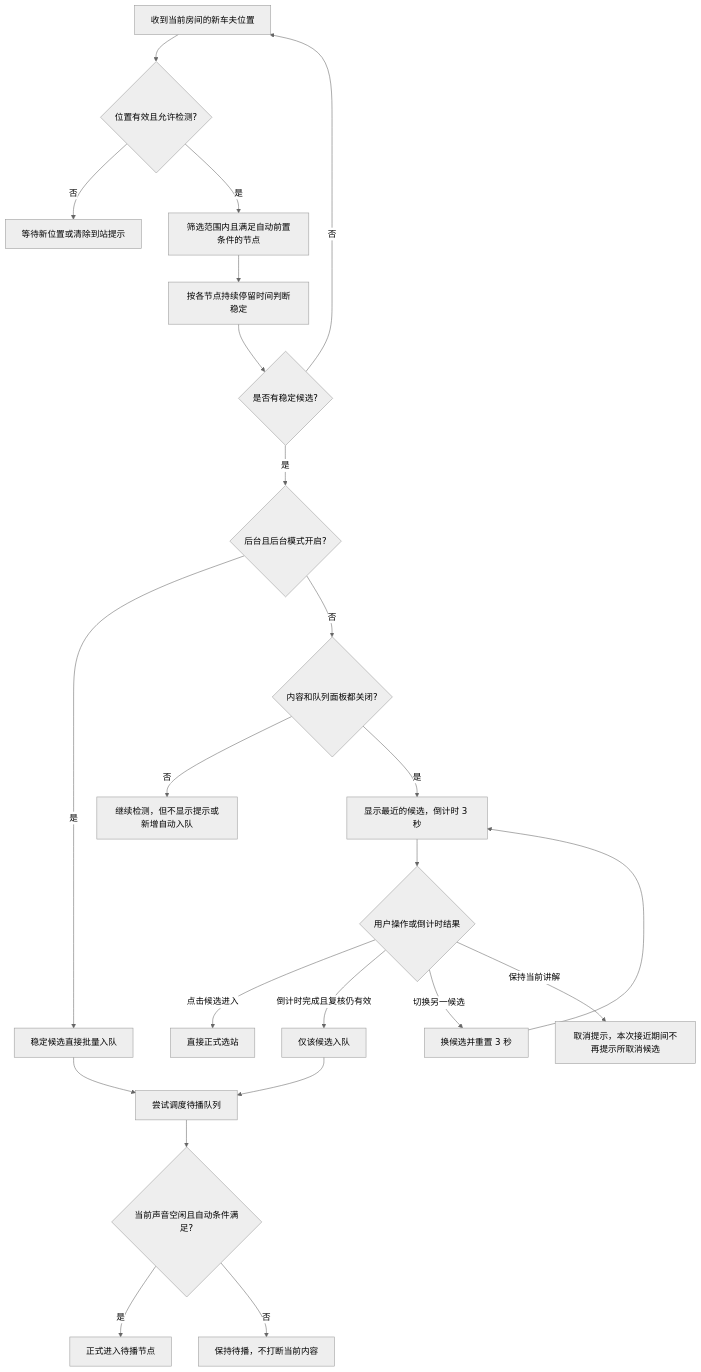
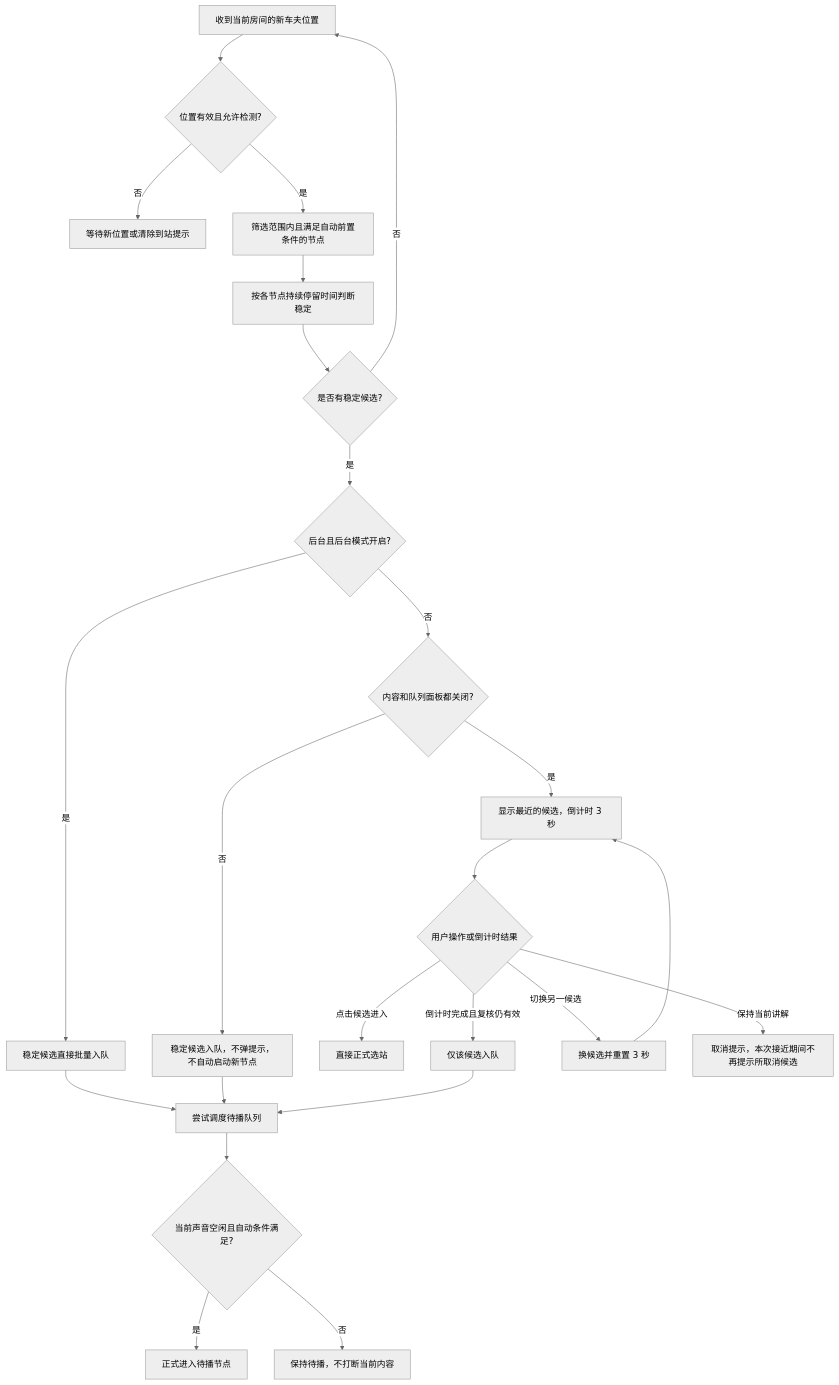
Before and after one commit to big-orange-juice/path-seeker-ui: the third of 8 diagrams in docs/tour-business-flow.md, drawn with Mermaid (neutral theme). The commit also changed other lines of this file and 32 other files, not shown here.

````diff
--- a/docs/tour-business-flow.md
+++ b/docs/tour-business-flow.md
@@ -136,25 +136,26 @@
 ```mermaid
 flowchart TD
     A[收到当前房间的新车夫位置] --> B{位置有效且允许检测?}
     B -- 否 --> C[等待新位置或清除到站提示]
     B -- 是 --> D[筛选范围内且满足自动前置条件的节点]
     D --> E[按各节点持续停留时间判断稳定]
     E --> F{是否有稳定候选?}
     F -- 否 --> A
     F -- 是 --> G{后台且后台模式开启?}
     G -- 是 --> H[稳定候选直接批量入队]
     G -- 否 --> I{内容和队列面板都关闭?}
-    I -- 否 --> J[继续检测，但不显示提示或新增自动入队]
+    I -- 否 --> J[稳定候选入队，不弹提示，不自动启动新节点]
     I -- 是 --> K[显示最近的候选，倒计时 3 秒]
     K --> L{用户操作或倒计时结果}
     L -- 点击候选进入 --> M[直接正式选站]
     L -- 倒计时完成且复核仍有效 --> N[仅该候选入队]
     L -- 切换另一候选 --> O[换候选并重置 3 秒]
     O --> K
     L -- 保持当前讲解 --> P[取消提示，本次接近期间不再提示所取消候选]
     H --> Q[尝试调度待播队列]
+    J --> Q
     N --> Q
     Q --> R{当前声音空闲且自动条件满足?}
     R -- 是 --> S[正式进入待播节点]
     R -- 否 --> T[保持待播，不打断当前内容]
 ```
````
